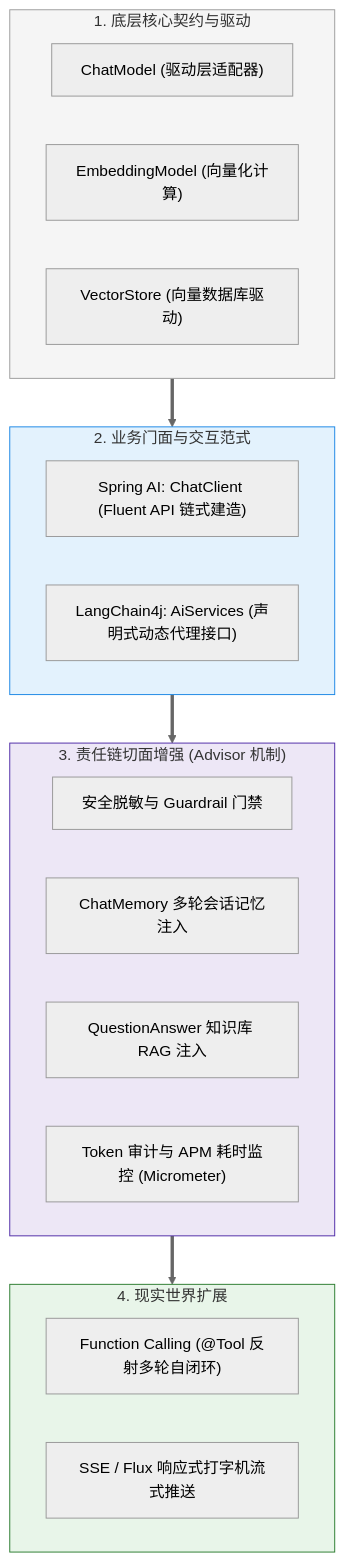
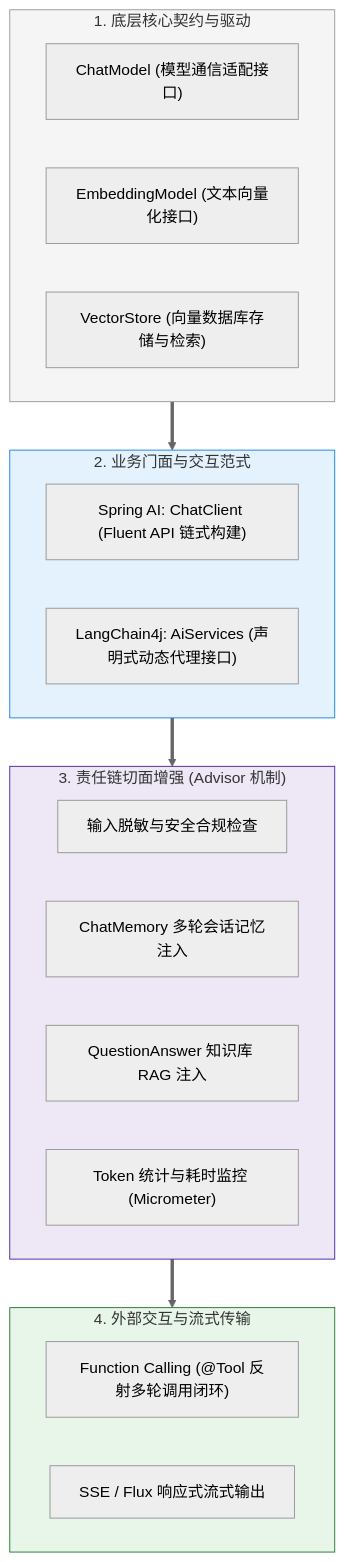
The diagram in 10-AI应用开发/02-框架-SpringAI与LangChain4j/99-本章总结与复习.md (GuoWWWX/knowledge-base), drawn with Mermaid (neutral theme) before and after one commit. The commit also changed other lines of this file and 251 other files, not shown here.

````diff
--- a/10-AI应用开发/02-框架-SpringAI与LangChain4j/99-本章总结与复习.md
+++ b/10-AI应用开发/02-框架-SpringAI与LangChain4j/99-本章总结与复习.md
@@ -24,34 +24,34 @@
 ```mermaid
 graph TD
     subgraph Core["1. 底层核心契约与驱动"]
-        CM["ChatModel (驱动层适配器)"]
-        EM["EmbeddingModel (向量化计算)"]
-        VS["VectorStore (向量数据库驱动)"]
+        CM["ChatModel (模型通信适配接口)"]
+        EM["EmbeddingModel (文本向量化接口)"]
+        VS["VectorStore (向量数据库存储与检索)"]
     end
 
     subgraph Facade["2. 业务门面与交互范式"]
-        CC["Spring AI: ChatClient (Fluent API 链式建造)"]
+        CC["Spring AI: ChatClient (Fluent API 链式构建)"]
         AI_SVC["LangChain4j: AiServices (声明式动态代理接口)"]
     end
 
     subgraph AOP["3. 责任链切面增强 (Advisor 机制)"]
-        ADV1["安全脱敏与 Guardrail 门禁"]
+        ADV1["输入脱敏与安全合规检查"]
         ADV2["ChatMemory 多轮会话记忆注入"]
         ADV3["QuestionAnswer 知识库 RAG 注入"]
-        ADV4["Token 审计与 APM 耗时监控 (Micrometer)"]
+        ADV4["Token 统计与耗时监控 (Micrometer)"]
     end
 
-    subgraph Ext["4. 现实世界扩展"]
-        Tool["Function Calling (@Tool 反射多轮自闭环)"]
-        SSE["SSE / Flux 响应式打字机流式推送"]
+    subgraph Ext["4. 外部交互与流式传输"]
+        Tool["Function Calling (@Tool 反射多轮调用闭环)"]
+        SSE["SSE / Flux 响应式流式输出"]
     end
 
     Core ==> Facade
     Facade ==> AOP
     AOP ==> Ext
 
     style Core fill:#f5f5f5,stroke:#9e9e9e,stroke-width:1px
     style Facade fill:#e3f2fd,stroke:#1e88e5,stroke-width:1px
     style AOP fill:#ede7f6,stroke:#512da8,stroke-width:1px
     style Ext fill:#e8f5e9,stroke:#2e7d32,stroke-width:1px
 ```
````
